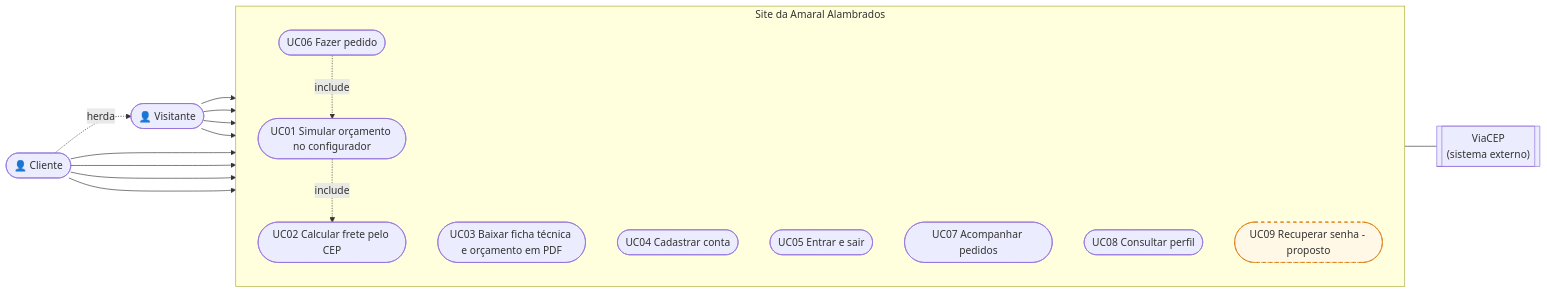
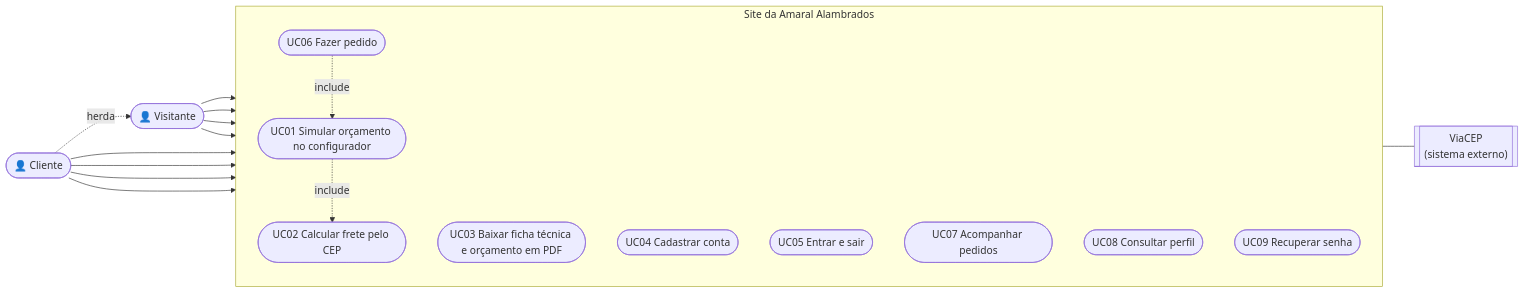
One commit to dannnpereira/ProGest changed the diagram in docs/diagramas/casos-de-uso-site.mmd. Above: the diagram before and after it, drawn with Mermaid. The commit also changed 47 other files, not shown here.

```diff
--- a/docs/diagramas/casos-de-uso-site.mmd
+++ b/docs/diagramas/casos-de-uso-site.mmd
@@ -1,27 +1,24 @@
 flowchart LR
     Visitante(["👤 Visitante"])
     Cliente(["👤 Cliente"])
     ViaCEP[["ViaCEP<br/>(sistema externo)"]]
 
     subgraph SITE["Site da Amaral Alambrados"]
         direction TB
         UC01([UC01 Simular orçamento no configurador])
         UC02([UC02 Calcular frete pelo CEP])
         UC03([UC03 Baixar ficha técnica e orçamento em PDF])
         UC04([UC04 Cadastrar conta])
         UC05([UC05 Entrar e sair])
         UC06([UC06 Fazer pedido])
         UC07([UC07 Acompanhar pedidos])
         UC08([UC08 Consultar perfil])
-        UC09([UC09 Recuperar senha - proposto])
+        UC09([UC09 Recuperar senha])
     end
 
     Cliente -. herda .-> Visitante
     Visitante --> UC01 & UC03 & UC04 & UC05
     Cliente --> UC06 & UC07 & UC08 & UC09
     UC01 -. include .-> UC02
     UC06 -. include .-> UC01
     UC02 --- ViaCEP
-
-    classDef proposto stroke-dasharray: 5 5,fill:#fff8e6,stroke:#d97706
-    class UC09 proposto
```
